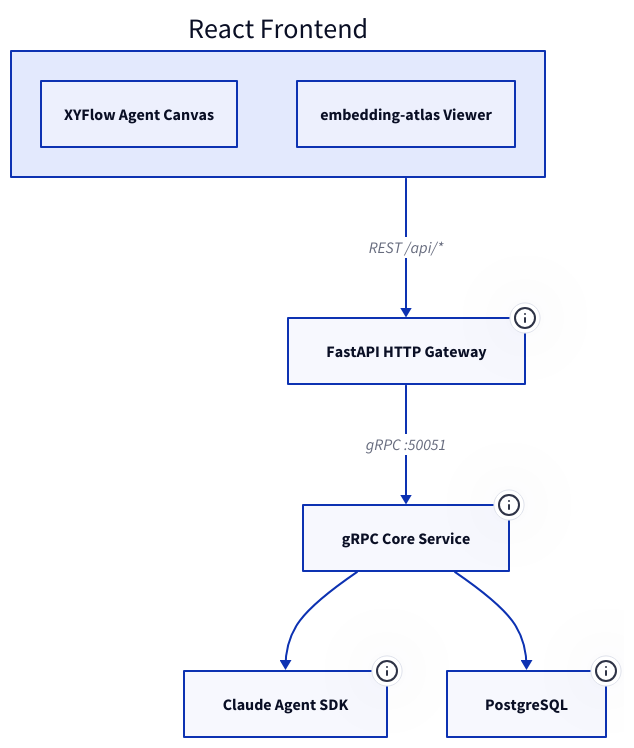
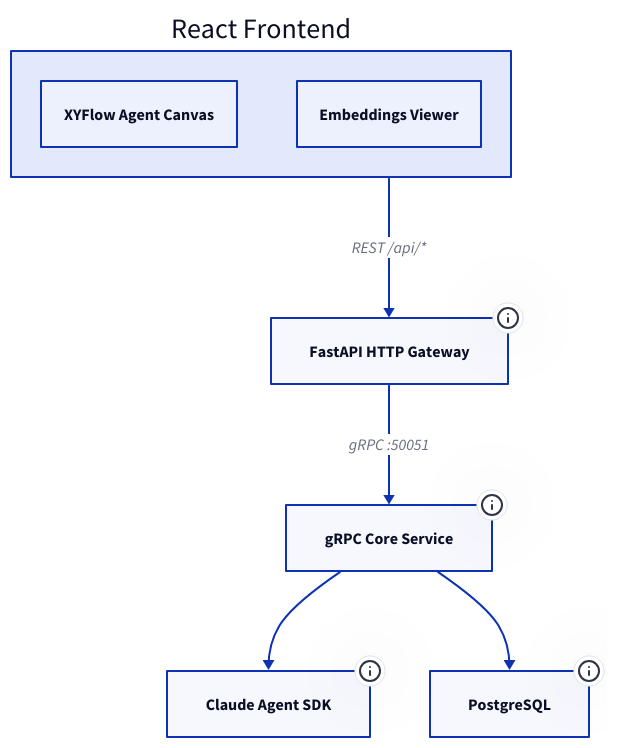
The diagram in docs/src/architecture/overview.md (zndx/atelier), drawn with D2 before and after one commit. The commit also changed 26 other files, not shown here.

First line of the commit message:
feat: integrate Embeddings Viewer with GitTables dataset pipeline

````diff
--- a/docs/src/architecture/overview.md
+++ b/docs/src/architecture/overview.md
@@ -5,29 +5,29 @@
 ```d2
 direction: down
 
 ui: React Frontend {
   canvas: XYFlow Agent Canvas
-  atlas: embedding-atlas Viewer
+  embeddings: Embeddings Viewer
 }
 
 gateway: FastAPI HTTP Gateway {
   tooltip: "Serves React build\nBridges REST → gRPC"
 }
 
 grpc: gRPC Core Service {
   tooltip: "Proto-first API\nAgent orchestration\nData management"
 }
 
 agents: Claude Agent SDK {
   tooltip: "Keystone agents\nAdaptive workflows"
 }
 
 db: PostgreSQL {
   tooltip: "devenv: PG 16 + pgvector\nCAI: PGlite (Node.js)"
 }
 
 ui -> gateway: REST /api/*
 gateway -> grpc: gRPC :50051
 grpc -> agents
 grpc -> db
 ```
````
